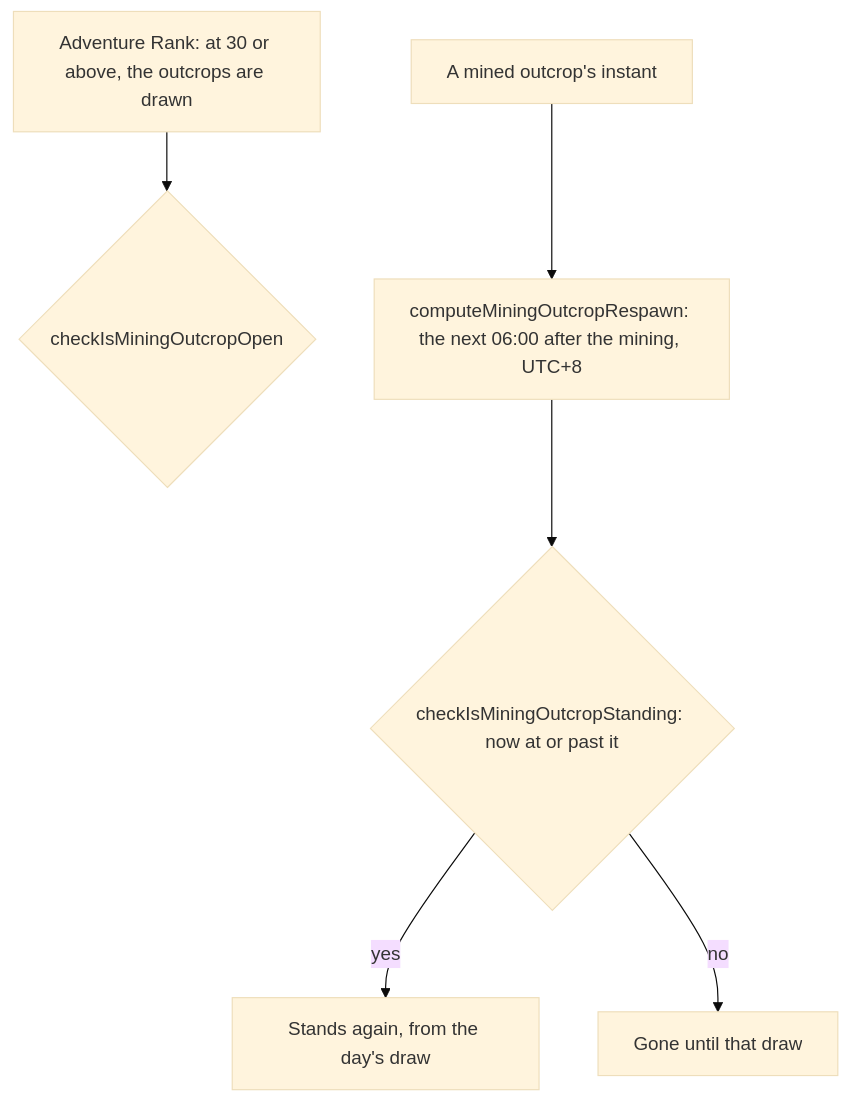
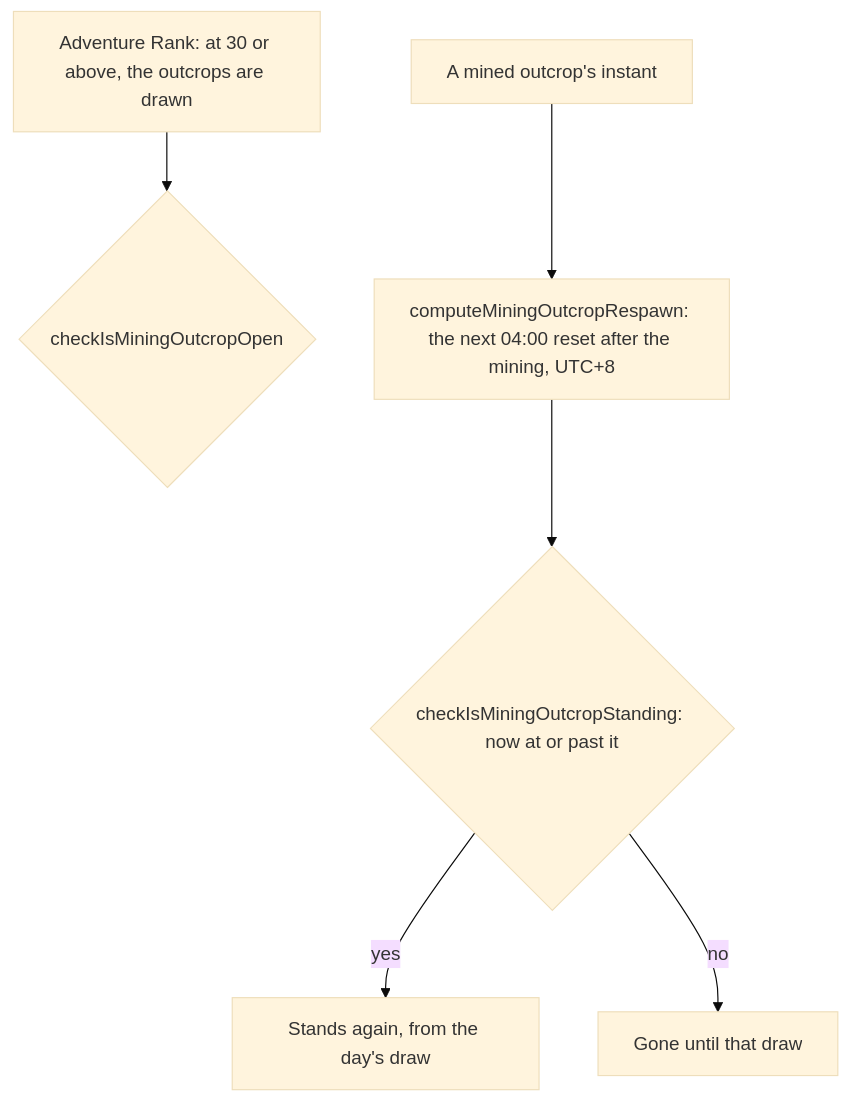
One commit to Esposter/Esposter changed the diagram in openspec/specs/genshin/mining-outcrops/design.md. Above: the diagram before and after it, drawn with Mermaid (base theme). The commit also changed other lines of this file and 7 other files, not shown here.

First line of the commit message:
docs(openspec): the ley-line outcrops are hosted, the mining respawn is the 04:00 reset, and ley-line 3.1 is ticked

````diff
--- a/openspec/specs/genshin/mining-outcrops/design.md
+++ b/openspec/specs/genshin/mining-outcrops/design.md
@@ -7,8 +7,8 @@
 ```mermaid
 flowchart TD
   R["Adventure Rank: at 30 or above, the outcrops are drawn"] --> O{"checkIsMiningOutcropOpen"}
-  M["A mined outcrop's instant"] --> P["computeMiningOutcropRespawn: the next 06:00 after the mining, UTC+8"]
+  M["A mined outcrop's instant"] --> P["computeMiningOutcropRespawn: the next 04:00 reset after the mining, UTC+8"]
   P --> S{"checkIsMiningOutcropStanding: now at or past it"}
   S -->|"yes"| D["Stands again, from the day's draw"]
   S -->|"no"| G["Gone until that draw"]
 ```
````
